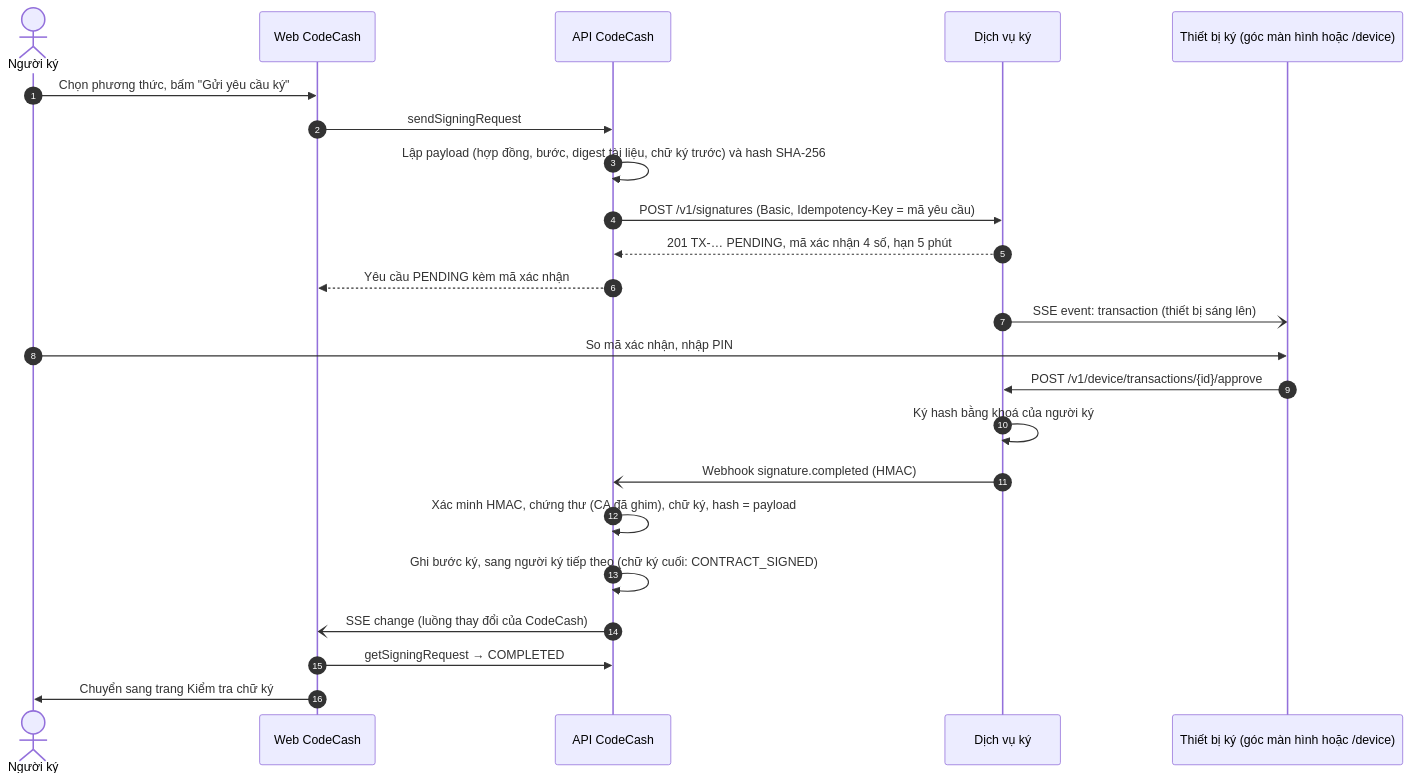
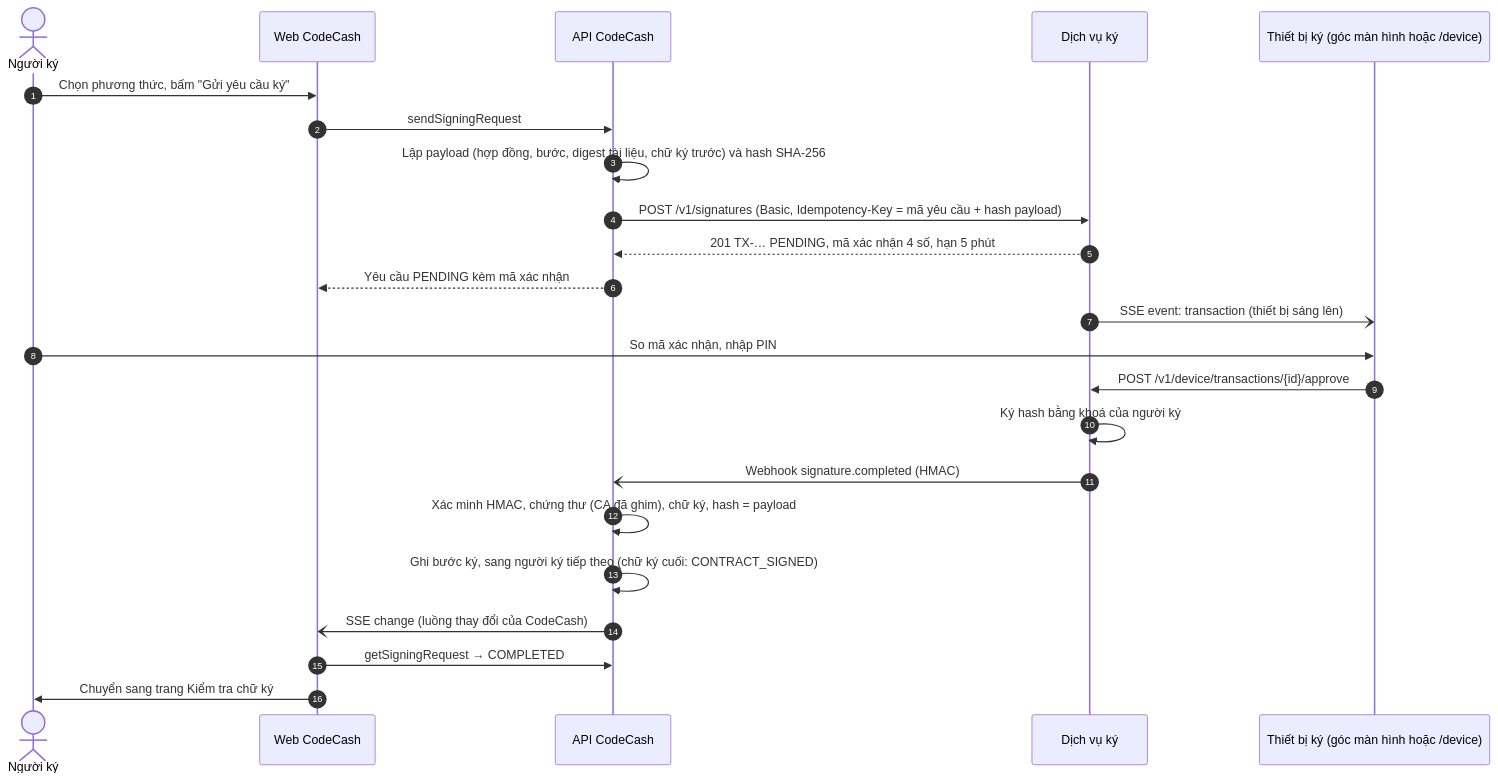
One commit to Tunhoclaptrinh/Code-n-Cash changed the diagram in docs/10_DICH_VU_KY_SO.md. Above: the diagram before and after it, drawn with Mermaid. The commit also changed other lines of this file and 7 other files, not shown here.

````diff
--- a/docs/10_DICH_VU_KY_SO.md
+++ b/docs/10_DICH_VU_KY_SO.md
@@ -20,25 +20,25 @@
 ```mermaid
 sequenceDiagram
   autonumber
   actor P as Người ký
   participant W as Web CodeCash
   participant A as API CodeCash
   participant S as Dịch vụ ký
   participant D as Thiết bị ký (góc màn hình hoặc /device)
   P->>W: Chọn phương thức, bấm "Gửi yêu cầu ký"
   W->>A: sendSigningRequest
   A->>A: Lập payload (hợp đồng, bước, digest tài liệu, chữ ký trước) và hash SHA-256
-  A->>S: POST /v1/signatures (Basic, Idempotency-Key = mã yêu cầu)
+  A->>S: POST /v1/signatures (Basic, Idempotency-Key = mã yêu cầu + hash payload)
   S-->>A: 201 TX-… PENDING, mã xác nhận 4 số, hạn 5 phút
   A-->>W: Yêu cầu PENDING kèm mã xác nhận
   S-)D: SSE event: transaction (thiết bị sáng lên)
   P->>D: So mã xác nhận, nhập PIN
   D->>S: POST /v1/device/transactions/{id}/approve
   S->>S: Ký hash bằng khoá của người ký
   S-)A: Webhook signature.completed (HMAC)
   A->>A: Xác minh HMAC, chứng thư (CA đã ghim), chữ ký, hash = payload
   A->>A: Ghi bước ký, sang người ký tiếp theo (chữ ký cuối: CONTRACT_SIGNED)
   A-)W: SSE change (luồng thay đổi của CodeCash)
   W->>A: getSigningRequest → COMPLETED
   W->>P: Chuyển sang trang Kiểm tra chữ ký
 ```
````
